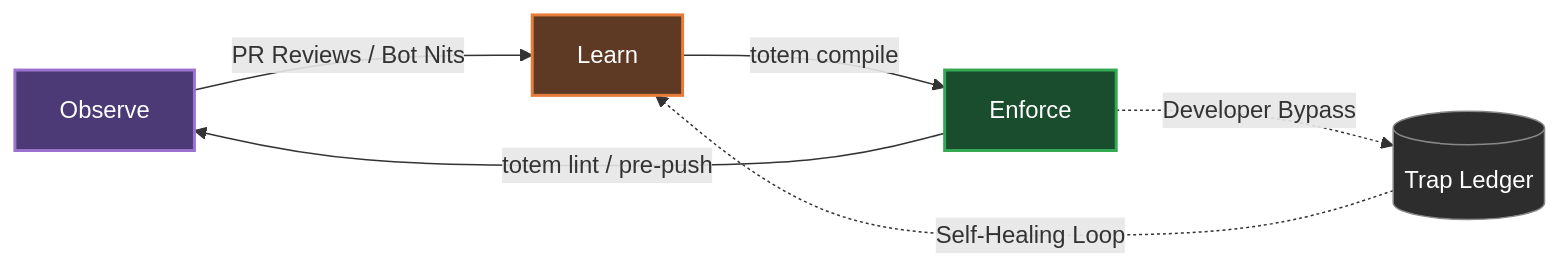
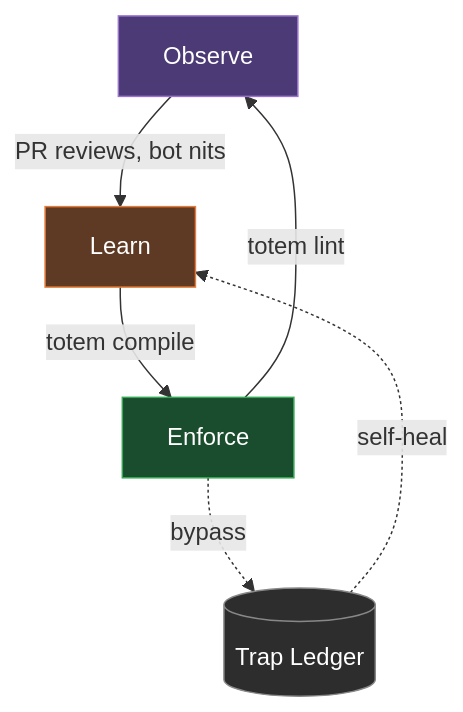
Before and after one commit to mmnto-ai/totem: the diagram in README.md, drawn with Mermaid.

Commit message:
docs: switch mermaid chart to top-down layout, clean up styles
LR layout was getting clipped by GitHub's page controls on narrow
viewports. TD renders tighter. Inline styles replace classDef.

````diff
--- a/README.md
+++ b/README.md
@@ -21,19 +21,13 @@
 ```mermaid
-graph LR
-    classDef observe fill:#4b3a75,stroke:#9b72cf,stroke-width:2px,color:#fff
-    classDef learn fill:#5e3a24,stroke:#e67c3b,stroke-width:2px,color:#fff
-    classDef enforce fill:#1a4d2e,stroke:#34a853,stroke-width:2px,color:#fff
-    classDef core fill:#2d2d2d,stroke:#888,stroke-width:1px,color:#fff
+graph TD
+    Observe["Observe"] -->|"PR reviews, bot nits"| Learn["Learn"]
+    Learn -->|"totem compile"| Enforce["Enforce"]
+    Enforce -->|"totem lint"| Observe
+    Enforce -.->|"bypass"| Ledger[("Trap Ledger")]
+    Ledger -.->|"self-heal"| Learn
 
-    Observe["Observe"]:::observe
-    Learn["Learn"]:::learn
-    Enforce["Enforce"]:::enforce
-    Ledger[("Trap Ledger")]:::core
-
-    Observe -->|"PR Reviews / Bot Nits"| Learn
-    Learn -->|"totem compile"| Enforce
-    Enforce -->|"totem lint / pre-push"| Observe
-
-    Enforce -.->|"Developer Bypass"| Ledger
-    Ledger -.->|"Self-Healing Loop"| Learn
+    style Observe fill:#4b3a75,stroke:#9b72cf,color:#fff
+    style Learn fill:#5e3a24,stroke:#e67c3b,color:#fff
+    style Enforce fill:#1a4d2e,stroke:#34a853,color:#fff
+    style Ledger fill:#2d2d2d,stroke:#888,color:#fff
 ```
````
